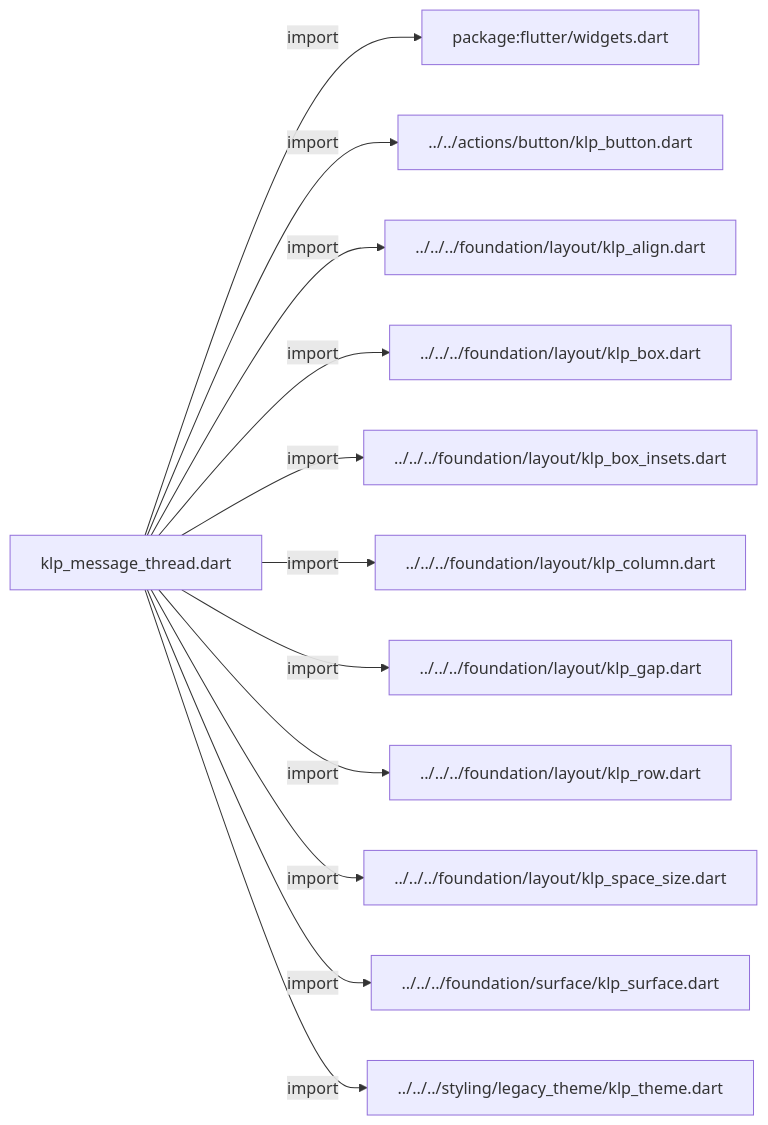
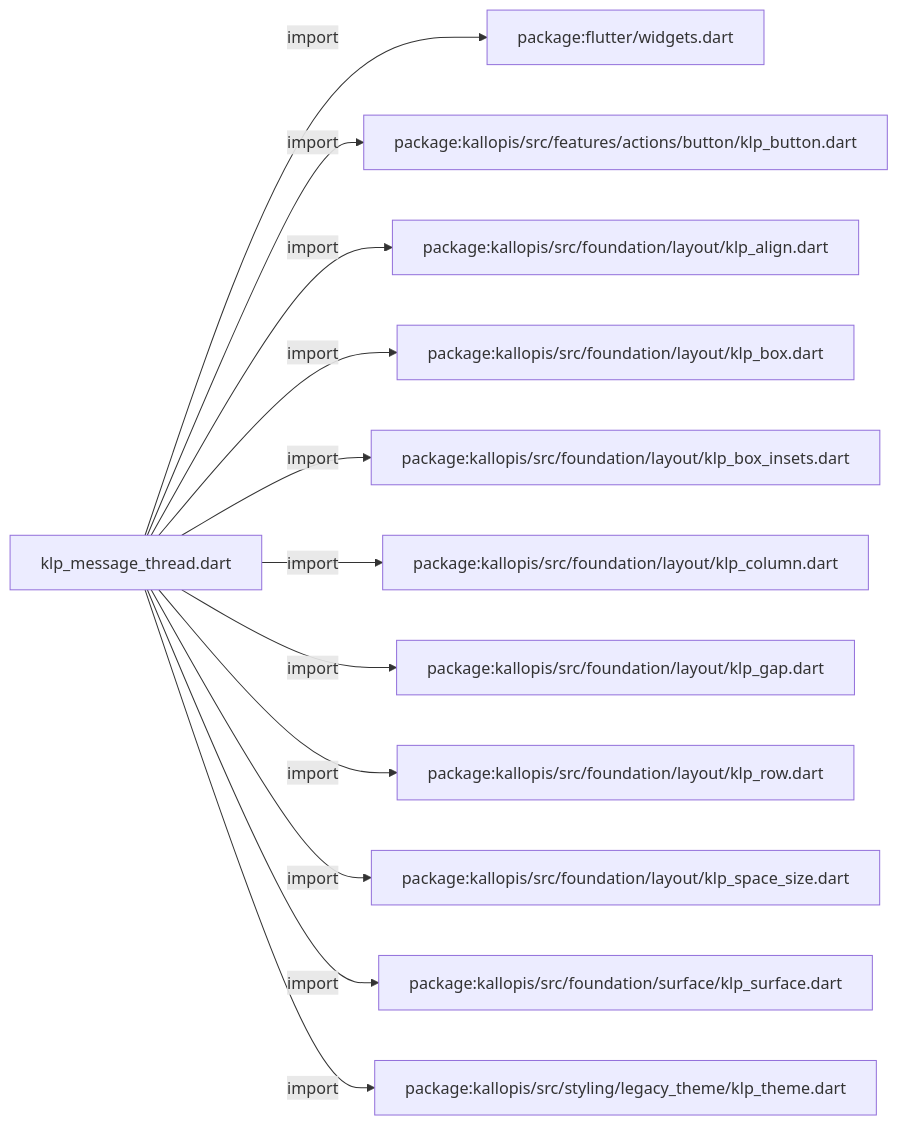
One commit to MiuDog/Kallopis changed the first of 2 diagrams in docs/architecture/src/features/collections/message_thread/klp_message_thread.md. Above: the diagram before and after it, drawn with Mermaid. The commit also changed other lines of this file and 9688 other files, not shown here.

Commit message:
Prepare isolated Flow F2 peer baseline

````diff
--- a/docs/architecture/src/features/collections/message_thread/klp_message_thread.md
+++ b/docs/architecture/src/features/collections/message_thread/klp_message_thread.md
@@ -11,26 +11,26 @@
 ```mermaid
 flowchart LR
 	n0["klp_message_thread.dart"]
 	n1["package:flutter/widgets.dart"]
-	n2["../../actions/button/klp_button.dart"]
-	n3["../../../foundation/layout/klp_align.dart"]
-	n4["../../../foundation/layout/klp_box.dart"]
-	n5["../../../foundation/layout/klp_box_insets.dart"]
-	n6["../../../foundation/layout/klp_column.dart"]
-	n7["../../../foundation/layout/klp_gap.dart"]
-	n8["../../../foundation/layout/klp_row.dart"]
-	n9["../../../foundation/layout/klp_space_size.dart"]
-	n10["../../../foundation/surface/klp_surface.dart"]
-	n11["../../../styling/legacy_theme/klp_theme.dart"]
+	n2["package:kallopis/src/features/actions/button/klp_button.dart"]
+	n3["package:kallopis/src/foundation/layout/klp_align.dart"]
+	n4["package:kallopis/src/foundation/layout/klp_box.dart"]
+	n5["package:kallopis/src/foundation/layout/klp_box_insets.dart"]
+	n6["package:kallopis/src/foundation/layout/klp_column.dart"]
+	n7["package:kallopis/src/foundation/layout/klp_gap.dart"]
+	n8["package:kallopis/src/foundation/layout/klp_row.dart"]
+	n9["package:kallopis/src/foundation/layout/klp_space_size.dart"]
+	n10["package:kallopis/src/foundation/surface/klp_surface.dart"]
+	n11["package:kallopis/src/styling/legacy_theme/klp_theme.dart"]
 	n0 -->|"import"| n1
 	n0 -->|"import"| n2
 	n0 -->|"import"| n3
 	n0 -->|"import"| n4
 	n0 -->|"import"| n5
 	n0 -->|"import"| n6
 	n0 -->|"import"| n7
 	n0 -->|"import"| n8
 	n0 -->|"import"| n9
 	n0 -->|"import"| n10
 	n0 -->|"import"| n11
 ```
````
